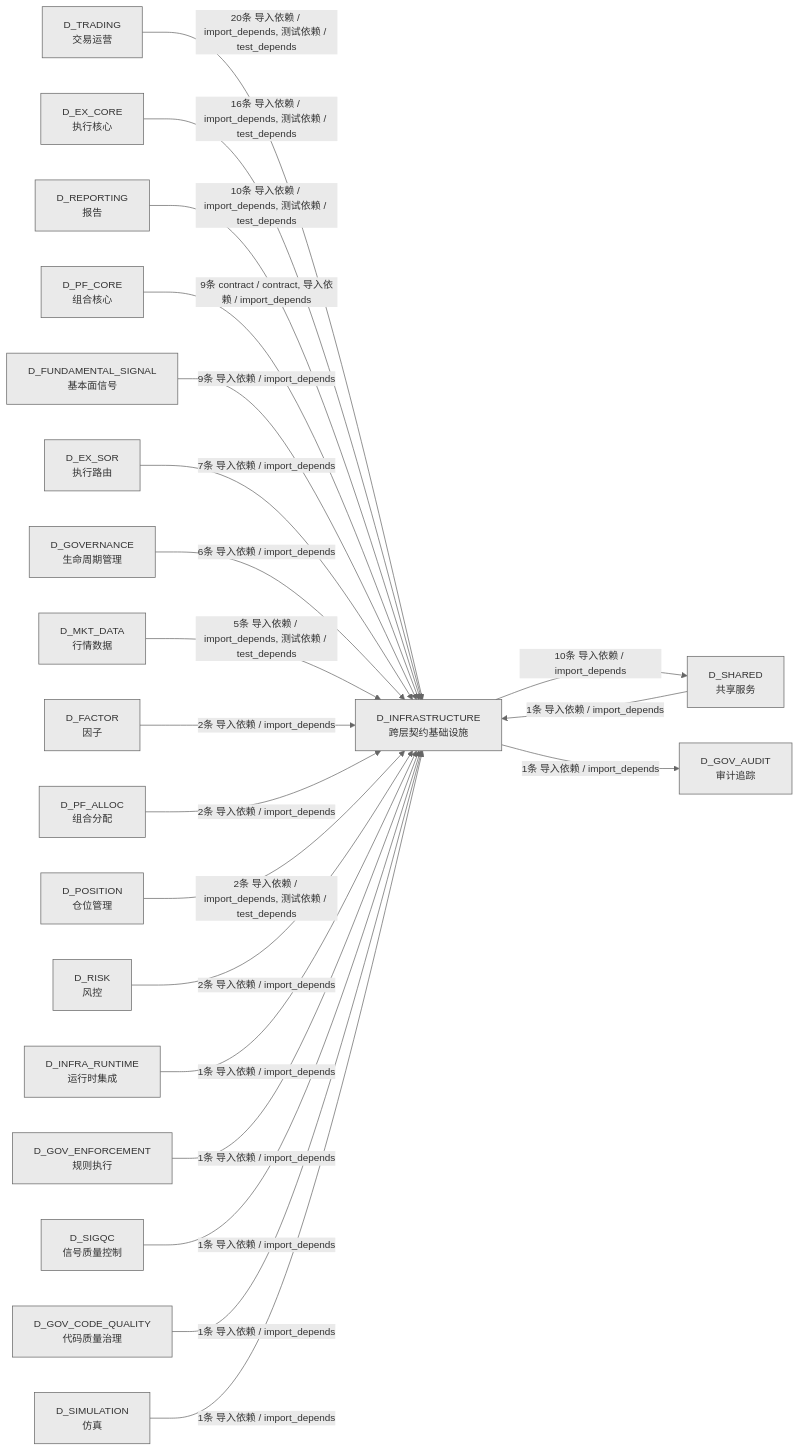
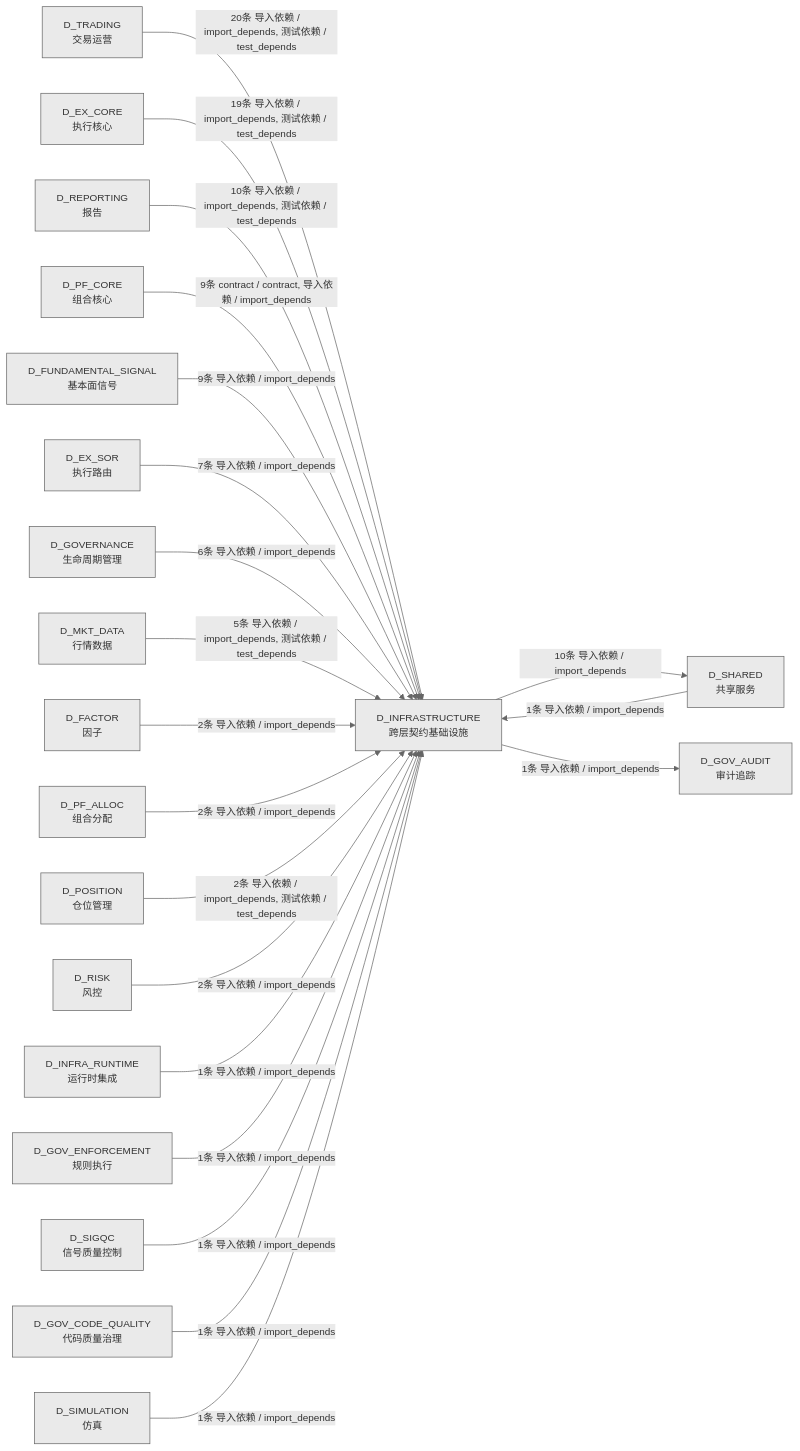
The third of 3 diagrams in docs/02_enterprise_architecture/02_domain_architecture_docs/02_d_infrastructure.md (xuanFelixVan/ZephyrAlpha), drawn with Mermaid before and after one commit. The commit also changed other lines of this file and 47 other files, not shown here.

````diff
--- a/docs/02_enterprise_architecture/02_domain_architecture_docs/02_d_infrastructure.md
+++ b/docs/02_enterprise_architecture/02_domain_architecture_docs/02_d_infrastructure.md
@@ -345,44 +346,44 @@
 ```mermaid
 %%{init: {'theme': 'base', 'themeVariables': {'primaryColor': '#eaeaea', 'primaryTextColor': '#333333', 'primaryBorderColor': '#666666', 'lineColor': '#666666', 'secondaryColor': '#eaeaea', 'tertiaryColor': '#eaeaea', 'fontSize': '14px'}}}%%
 graph LR
     D_INFRASTRUCTURE["D_INFRASTRUCTURE<br/>跨层契约基础设施"]
     D_SHARED["D_SHARED<br/>共享服务"]
     D_GOV_AUDIT["D_GOV_AUDIT<br/>审计追踪"]
     D_TRADING["D_TRADING<br/>交易运营"]
     D_EX_CORE["D_EX_CORE<br/>执行核心"]
     D_REPORTING["D_REPORTING<br/>报告"]
     D_PF_CORE["D_PF_CORE<br/>组合核心"]
     D_FUNDAMENTAL_SIGNAL["D_FUNDAMENTAL_SIGNAL<br/>基本面信号"]
     D_EX_SOR["D_EX_SOR<br/>执行路由"]
     D_GOVERNANCE["D_GOVERNANCE<br/>生命周期管理"]
     D_MKT_DATA["D_MKT_DATA<br/>行情数据"]
     D_FACTOR["D_FACTOR<br/>因子"]
     D_PF_ALLOC["D_PF_ALLOC<br/>组合分配"]
     D_POSITION["D_POSITION<br/>仓位管理"]
     D_RISK["D_RISK<br/>风控"]
     D_INFRA_RUNTIME["D_INFRA_RUNTIME<br/>运行时集成"]
     D_GOV_ENFORCEMENT["D_GOV_ENFORCEMENT<br/>规则执行"]
     D_SIGQC["D_SIGQC<br/>信号质量控制"]
     D_GOV_CODE_QUALITY["D_GOV_CODE_QUALITY<br/>代码质量治理"]
     D_SIMULATION["D_SIMULATION<br/>仿真"]
     D_INFRASTRUCTURE -->|10条 导入依赖 / import_depends| D_SHARED
     D_INFRASTRUCTURE -->|1条 导入依赖 / import_depends| D_GOV_AUDIT
     D_TRADING -->|20条 导入依赖 / import_depends, 测试依赖 / test_depends| D_INFRASTRUCTURE
-    D_EX_CORE -->|16条 导入依赖 / import_depends, 测试依赖 / test_depends| D_INFRASTRUCTURE
+    D_EX_CORE -->|19条 导入依赖 / import_depends, 测试依赖 / test_depends| D_INFRASTRUCTURE
     D_REPORTING -->|10条 导入依赖 / import_depends, 测试依赖 / test_depends| D_INFRASTRUCTURE
     D_PF_CORE -->|9条 contract / contract, 导入依赖 / import_depends| D_INFRASTRUCTURE
     D_FUNDAMENTAL_SIGNAL -->|9条 导入依赖 / import_depends| D_INFRASTRUCTURE
     D_EX_SOR -->|7条 导入依赖 / import_depends| D_INFRASTRUCTURE
     D_GOVERNANCE -->|6条 导入依赖 / import_depends| D_INFRASTRUCTURE
     D_MKT_DATA -->|5条 导入依赖 / import_depends, 测试依赖 / test_depends| D_INFRASTRUCTURE
     D_FACTOR -->|2条 导入依赖 / import_depends| D_INFRASTRUCTURE
     D_PF_ALLOC -->|2条 导入依赖 / import_depends| D_INFRASTRUCTURE
     D_POSITION -->|2条 导入依赖 / import_depends, 测试依赖 / test_depends| D_INFRASTRUCTURE
     D_RISK -->|2条 导入依赖 / import_depends| D_INFRASTRUCTURE
     D_INFRA_RUNTIME -->|1条 导入依赖 / import_depends| D_INFRASTRUCTURE
     D_GOV_ENFORCEMENT -->|1条 导入依赖 / import_depends| D_INFRASTRUCTURE
     D_SHARED -->|1条 导入依赖 / import_depends| D_INFRASTRUCTURE
     D_SIGQC -->|1条 导入依赖 / import_depends| D_INFRASTRUCTURE
     D_GOV_CODE_QUALITY -->|1条 导入依赖 / import_depends| D_INFRASTRUCTURE
     D_SIMULATION -->|1条 导入依赖 / import_depends| D_INFRASTRUCTURE
 ```
````
